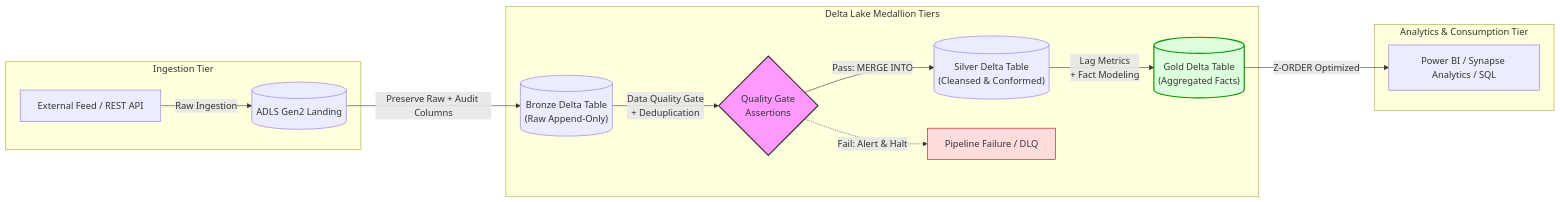
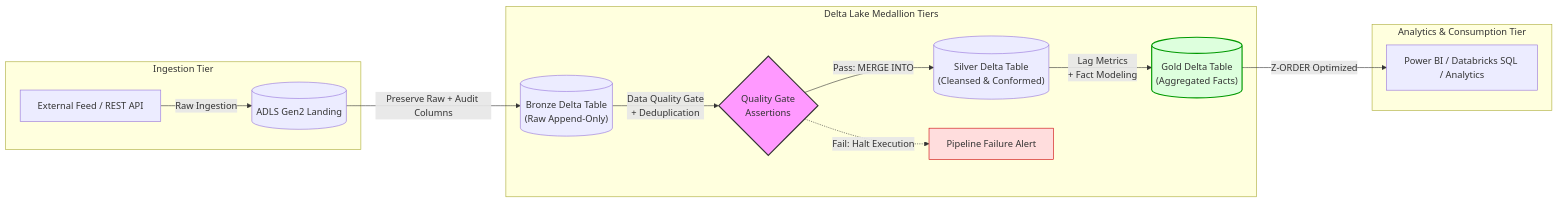
Before and after one commit to inchanz/portfolio-Deleep: the diagram in README.md, drawn with Mermaid. The commit also changed other lines of this file and 7 other files, not shown here.

````diff
--- a/README.md
+++ b/README.md
@@ -24,22 +24,22 @@
 ```mermaid
 flowchart LR
     subgraph Ingestion["Ingestion Tier"]
         A["External Feed / REST API"] -->|"Raw Ingestion"| L[("ADLS Gen2 Landing")]
     end
 
     subgraph Medallion["Delta Lake Medallion Tiers"]
         L -->|"Preserve Raw + Audit Columns"| B[("Bronze Delta Table\n(Raw Append-Only)")]
         B -->|"Data Quality Gate\n+ Deduplication"| DQ{"Quality Gate\nAssertions"}
         DQ -->|"Pass: MERGE INTO"| S[("Silver Delta Table\n(Cleansed & Conformed)")]
-        DQ -.->|"Fail: Alert & Halt"| DLQ["Pipeline Failure / DLQ"]
+        DQ -.->|"Fail: Halt Execution"| DLQ["Pipeline Failure Alert"]
         S -->|"Lag Metrics\n+ Fact Modeling"| G[("Gold Delta Table\n(Aggregated Facts)")]
     end
 
     subgraph Serving["Analytics & Consumption Tier"]
-        G -->|"Z-ORDER Optimized"| BI["Power BI / Synapse Analytics / SQL"]
+        G -->|"Z-ORDER Optimized"| BI["Power BI / Databricks SQL / Analytics"]
     end
 
     style DQ fill:#f9f,stroke:#333,stroke-width:2px
     style DLQ fill:#fdd,stroke:#c00,stroke-width:1px
     style G fill:#dfd,stroke:#090,stroke-width:2px
 ```
````
